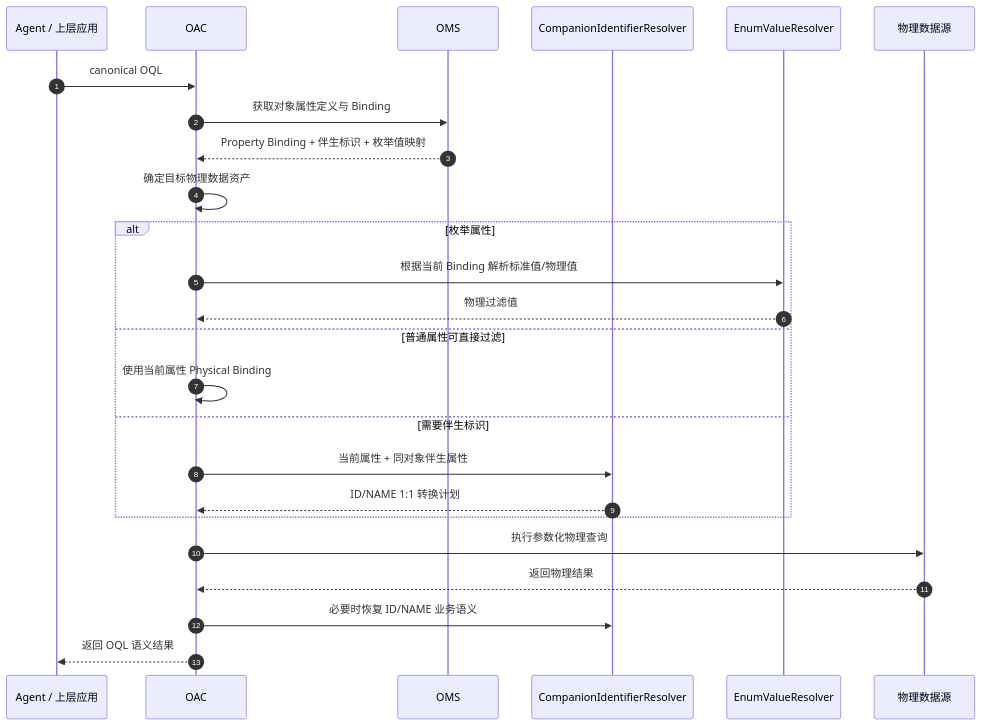
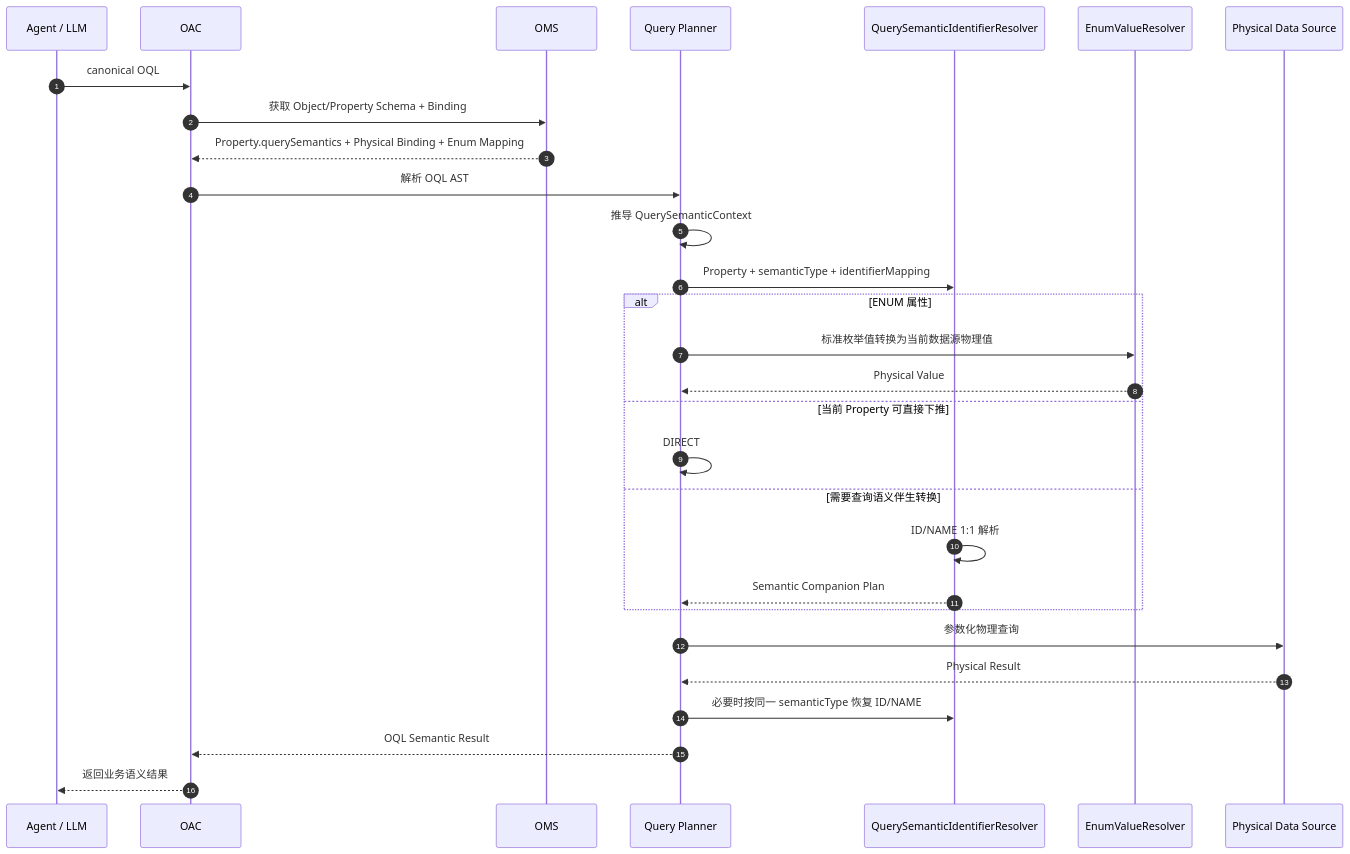
The diagram in docs/SR20260829399078 多标识语义解析与自动转换 功能设计说明书.md (cfwl100/onology_dsl), drawn with Mermaid before and after one commit. The commit also changed other lines of this file, not shown here.

Commit message:
docs: add query semantic types to multi-identifier design

````diff
--- a/docs/SR20260829399078 多标识语义解析与自动转换 功能设计说明书.md
+++ b/docs/SR20260829399078 多标识语义解析与自动转换 功能设计说明书.md
@@ -920,28 +1527,34 @@
 ```mermaid
 sequenceDiagram
     autonumber
-    participant A as Agent / 上层应用
+    participant A as Agent / LLM
     participant O as OAC
     participant M as OMS
-    participant C as CompanionIdentifierResolver
+    participant P as Query Planner
+    participant R as QuerySemanticIdentifierResolver
     participant E as EnumValueResolver
-    participant D as 物理数据源
+    participant D as Physical Data Source
 
     A->>O: canonical OQL
-    O->>M: 获取对象属性定义与 Binding
-    M-->>O: Property Binding + 伴生标识 + 枚举值映射
-    O->>O: 确定目标物理数据资产
-    alt 枚举属性
-        O->>E: 根据当前 Binding 解析标准值/物理值
-        E-->>O: 物理过滤值
-    else 普通属性可直接过滤
-        O->>O: 使用当前属性 Physical Binding
-    else 需要伴生标识
-        O->>C: 当前属性 + 同对象伴生属性
-        C-->>O: ID/NAME 1:1 转换计划
+    O->>M: 获取 Object/Property Schema + Binding
+    M-->>O: Property.querySemantics + Physical Binding + Enum Mapping
+    O->>P: 解析 OQL AST
+    P->>P: 推导 QuerySemanticContext
+    P->>R: Property + semanticType + identifierMapping
+
+    alt ENUM 属性
+        P->>E: 标准枚举值转换为当前数据源物理值
+        E-->>P: Physical Value
+    else 当前 Property 可直接下推
+        P->>P: DIRECT
+    else 需要查询语义伴生转换
+        R->>R: ID/NAME 1:1 解析
+        R-->>P: Semantic Companion Plan
     end
-    O->>D: 执行参数化物理查询
-    D-->>O: 返回物理结果
-    O->>C: 必要时恢复 ID/NAME 业务语义
-    O-->>A: 返回 OQL 语义结果
+
+    P->>D: 参数化物理查询
+    D-->>P: Physical Result
+    P->>R: 必要时按同一 semanticType 恢复 ID/NAME
+    P-->>O: OQL Semantic Result
+    O-->>A: 返回业务语义结果
 ```
````
